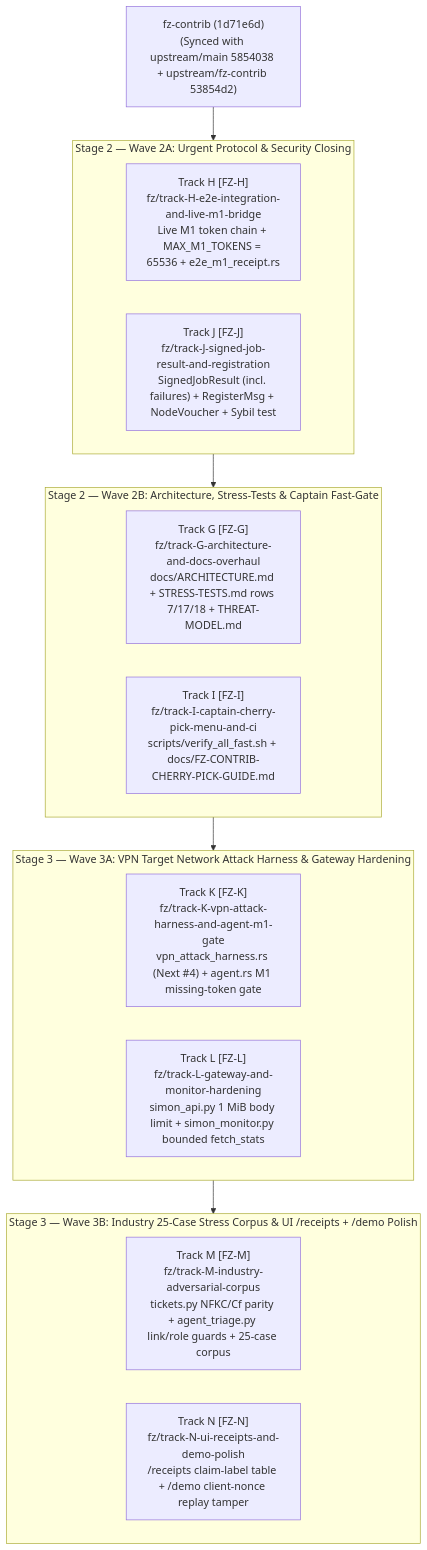
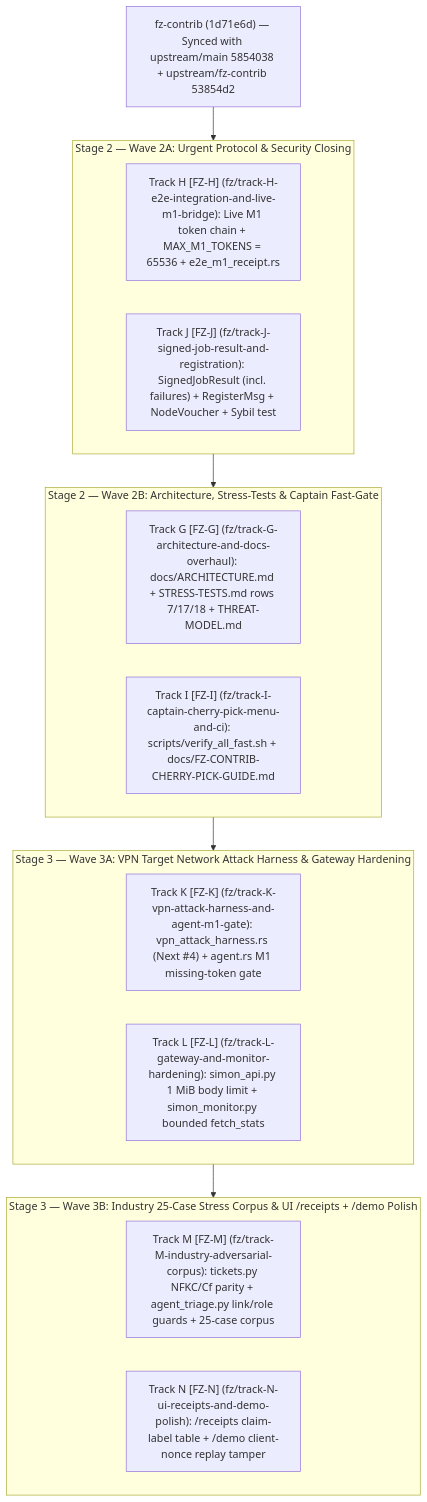
Before and after one commit to filipzarzynski/SIMPN_ARGON_HANDOWER: the diagram in 05_HACKATHON_ROADMAP_AND_PR_CATALOG.md, drawn with Mermaid. The commit also changed 4 other files, not shown here.

Commit message:
docs(arch): restore concise Mermaid-heavy 01_ARCHITECTURE_AND_DATA_FLOWS.md (10/10 mermaid.parse verified) and split team sync wave brief into 08_TEAM_SYNC_ARCHITECTURE_AND_WAVE_BRIEF.md

````diff
--- a/05_HACKATHON_ROADMAP_AND_PR_CATALOG.md
+++ b/05_HACKATHON_ROADMAP_AND_PR_CATALOG.md
@@ -24,29 +24,29 @@
 ```mermaid
 flowchart TD
-    Base["fz-contrib (1d71e6d)<br/>(Synced with upstream/main 5854038 + upstream/fz-contrib 53854d2)"]
+    Base["fz-contrib (1d71e6d) — Synced with upstream/main 5854038 + upstream/fz-contrib 53854d2"]
 
     subgraph Wave2A["Stage 2 — Wave 2A: Urgent Protocol & Security Closing"]
-        TH["Track H [FZ-H]<br/>fz/track-H-e2e-integration-and-live-m1-bridge<br/>Live M1 token chain + MAX_M1_TOKENS = 65536 + e2e_m1_receipt.rs"]
-        TJ["Track J [FZ-J]<br/>fz/track-J-signed-job-result-and-registration<br/>SignedJobResult (incl. failures) + RegisterMsg + NodeVoucher + Sybil test"]
+        TH["Track H [FZ-H] (fz/track-H-e2e-integration-and-live-m1-bridge): Live M1 token chain + MAX_M1_TOKENS = 65536 + e2e_m1_receipt.rs"]
+        TJ["Track J [FZ-J] (fz/track-J-signed-job-result-and-registration): SignedJobResult (incl. failures) + RegisterMsg + NodeVoucher + Sybil test"]
     end
 
     subgraph Wave2B["Stage 2 — Wave 2B: Architecture, Stress-Tests & Captain Fast-Gate"]
-        TG["Track G [FZ-G]<br/>fz/track-G-architecture-and-docs-overhaul<br/>docs/ARCHITECTURE.md + STRESS-TESTS.md rows 7/17/18 + THREAT-MODEL.md"]
-        TI["Track I [FZ-I]<br/>fz/track-I-captain-cherry-pick-menu-and-ci<br/>scripts/verify_all_fast.sh + docs/FZ-CONTRIB-CHERRY-PICK-GUIDE.md"]
+        TG["Track G [FZ-G] (fz/track-G-architecture-and-docs-overhaul): docs/ARCHITECTURE.md + STRESS-TESTS.md rows 7/17/18 + THREAT-MODEL.md"]
+        TI["Track I [FZ-I] (fz/track-I-captain-cherry-pick-menu-and-ci): scripts/verify_all_fast.sh + docs/FZ-CONTRIB-CHERRY-PICK-GUIDE.md"]
     end
 
     subgraph Wave3A["Stage 3 — Wave 3A: VPN Target Network Attack Harness & Gateway Hardening"]
-        TK["Track K [FZ-K]<br/>fz/track-K-vpn-attack-harness-and-agent-m1-gate<br/>vpn_attack_harness.rs (Next #4) + agent.rs M1 missing-token gate"]
-        TL["Track L [FZ-L]<br/>fz/track-L-gateway-and-monitor-hardening<br/>simon_api.py 1 MiB body limit + simon_monitor.py bounded fetch_stats"]
+        TK["Track K [FZ-K] (fz/track-K-vpn-attack-harness-and-agent-m1-gate): vpn_attack_harness.rs (Next #4) + agent.rs M1 missing-token gate"]
+        TL["Track L [FZ-L] (fz/track-L-gateway-and-monitor-hardening): simon_api.py 1 MiB body limit + simon_monitor.py bounded fetch_stats"]
     end
 
     subgraph Wave3B["Stage 3 — Wave 3B: Industry 25-Case Stress Corpus & UI /receipts + /demo Polish"]
-        TM["Track M [FZ-M]<br/>fz/track-M-industry-adversarial-corpus<br/>tickets.py NFKC/Cf parity + agent_triage.py link/role guards + 25-case corpus"]
-        TN["Track N [FZ-N]<br/>fz/track-N-ui-receipts-and-demo-polish<br/>/receipts claim-label table + /demo client-nonce replay tamper"]
+        TM["Track M [FZ-M] (fz/track-M-industry-adversarial-corpus): tickets.py NFKC/Cf parity + agent_triage.py link/role guards + 25-case corpus"]
+        TN["Track N [FZ-N] (fz/track-N-ui-receipts-and-demo-polish): /receipts claim-label table + /demo client-nonce replay tamper"]
     end
 
     Base --> Wave2A
     Wave2A --> Wave2B
     Wave2B --> Wave3A
     Wave3A --> Wave3B
 ```
````
